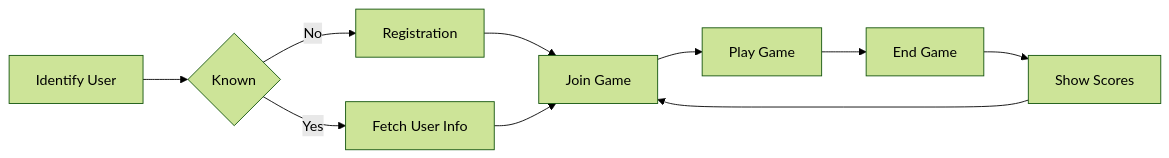
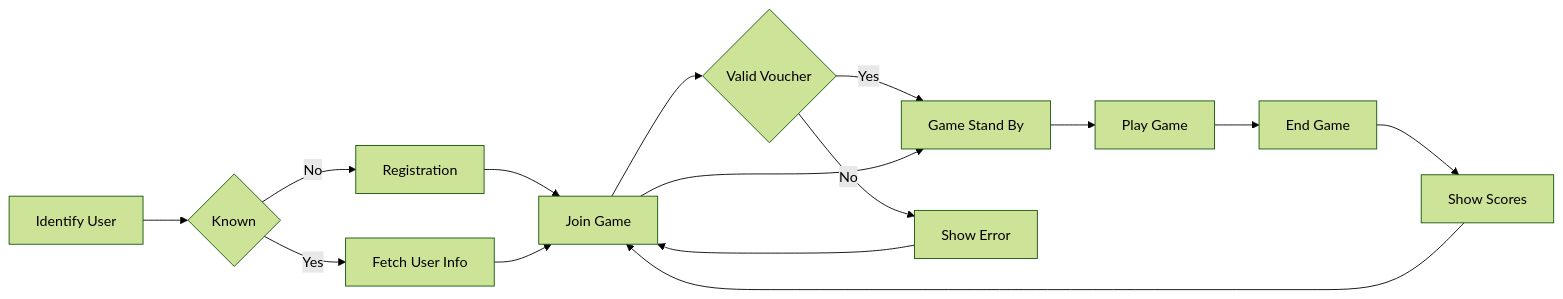
The diagram in README.md (nikneem/whack-a-mole), drawn with Mermaid (forest theme) before and after one commit.

Commit message:
Update mermaid

````diff
--- a/README.md
+++ b/README.md
@@ -3,12 +3,17 @@
 ```mermaid
 flowchart LR
     A[Identify User] --> B{Known};
     B -- No --> C[Registration]
     B -- Yes --> D[Fetch User Info]
     C --> E[Join Game]
     D --> E
-    E --> F[Play Game]
+    E --> I{Valid Voucher}
+    I -- Yes --> K[Play Game]
+    I -- No --> J[Show Error]
+    J --> E
+    E --> K[Game Stand By]
+    K --> F[Play Game]
     F --> G[End Game]
     G --> H[Show Scores]
     H --> E
 ```
````
